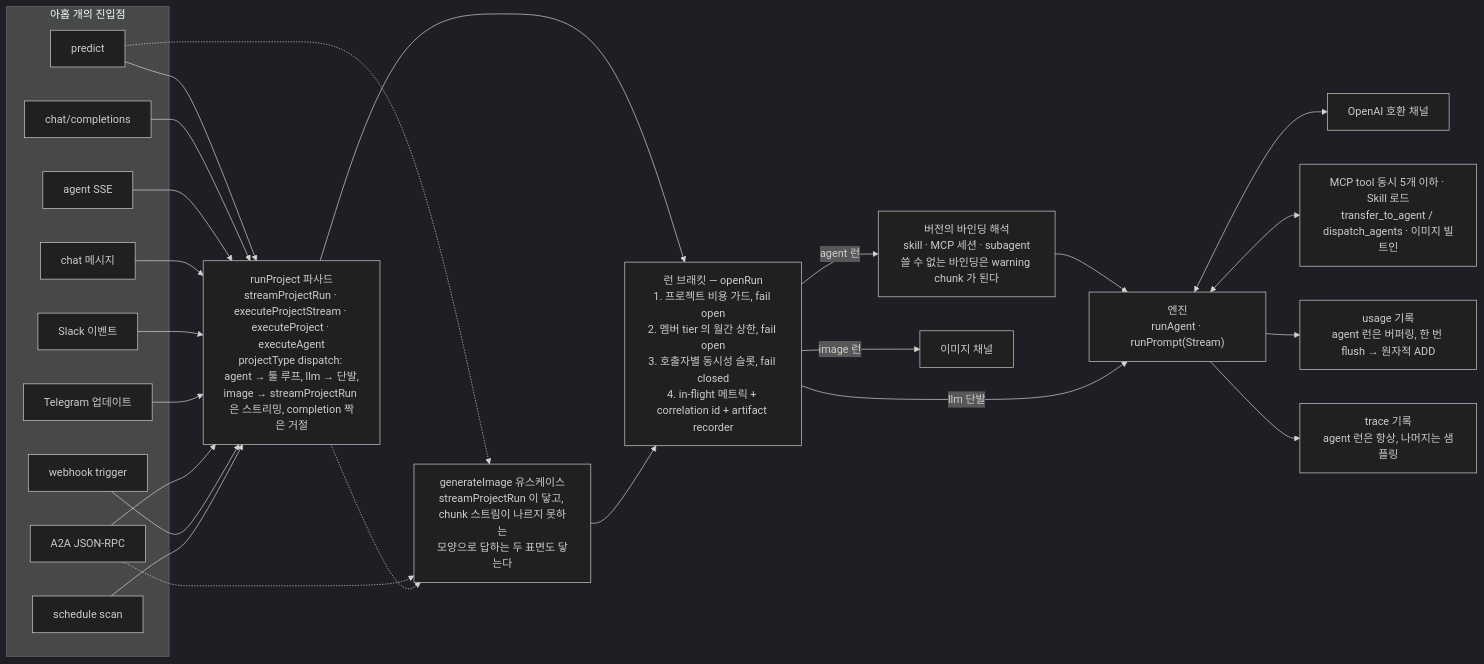
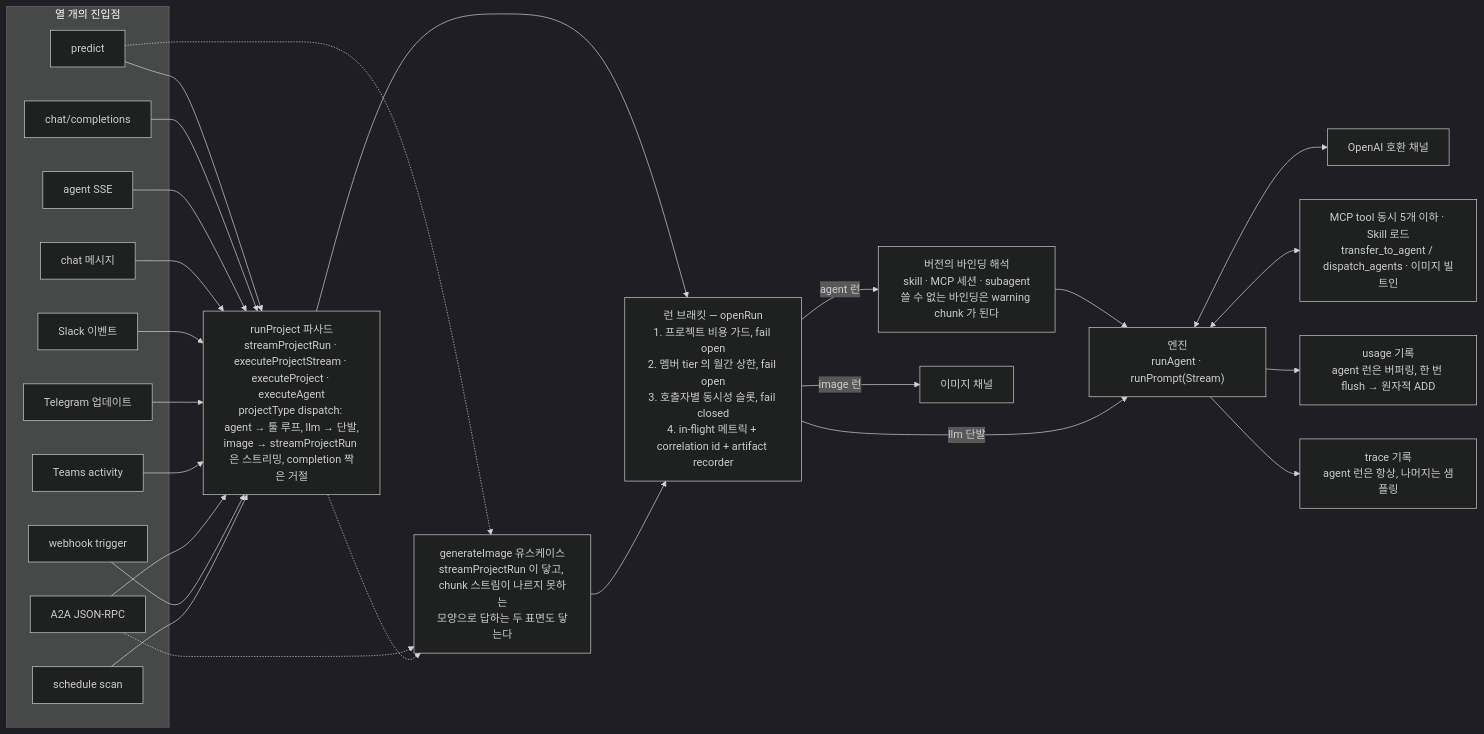
Before and after one commit to opspresso/agent-studio: the second of 4 diagrams in docs/ARCHITECTURE.md, drawn with Mermaid (dark theme). The commit also changed other lines of this file and 12 other files, not shown here.

````diff
--- a/docs/ARCHITECTURE.md
+++ b/docs/ARCHITECTURE.md
@@ -308,47 +313,49 @@
 ```mermaid
 flowchart LR
-  subgraph surfaces["아홉 개의 진입점"]
+  subgraph surfaces["열 개의 진입점"]
     predict["predict"]
     cc["chat/completions"]
     agentsse["agent SSE"]
     chat["chat 메시지"]
     slack["Slack 이벤트"]
     telegram["Telegram 업데이트"]
+    teams["Teams activity"]
     a2a["A2A JSON-RPC"]
     webhook["webhook trigger"]
     schedule["schedule scan"]
   end
 
   facade["runProject 파사드<br/>streamProjectRun · executeProjectStream · executeProject · executeAgent<br/>projectType dispatch: agent → 툴 루프, llm → 단발,<br/>image → streamProjectRun 은 스트리밍, completion 짝은 거절"]
   imageuc["generateImage 유스케이스<br/>streamProjectRun 이 닿고, chunk 스트림이 나르지 못하는<br/>모양으로 답하는 두 표면도 닿는다"]
   bracket["런 브래킷 — openRun<br/>1. 프로젝트 비용 가드, fail open<br/>2. 멤버 tier 의 월간 상한, fail open<br/>3. 호출자별 동시성 슬롯, fail closed<br/>4. in-flight 메트릭 + correlation id + artifact recorder"]
   resolve["버전의 바인딩 해석<br/>skill · MCP 세션 · subagent<br/>쓸 수 없는 바인딩은 warning chunk 가 된다"]
   engine["엔진<br/>runAgent · runPrompt(Stream)"]
   channel["OpenAI 호환 채널"]
   imagechannel["이미지 채널"]
   tools["MCP tool 동시 5개 이하 · Skill 로드<br/>transfer_to_agent / dispatch_agents · 이미지 빌트인"]
   usage["usage 기록<br/>agent 런은 버퍼링, 한 번 flush → 원자적 ADD"]
   trace["trace 기록<br/>agent 런은 항상, 나머지는 샘플링"]
 
   predict --> facade
   cc --> facade
   agentsse --> facade
   chat --> facade
   slack --> facade
   telegram --> facade
+  teams --> facade
   a2a --> facade
   webhook --> facade
   schedule --> facade
   predict -.-> imageuc
   a2a -.-> imageuc
   facade -.-> imageuc
   facade --> bracket
   imageuc --> bracket
   bracket -->|"agent 런"| resolve --> engine
   bracket -->|"llm 단발"| engine
   bracket -->|"image 런"| imagechannel
   engine <--> channel
   engine <--> tools
   engine --> usage
   engine --> trace
 ```
````
